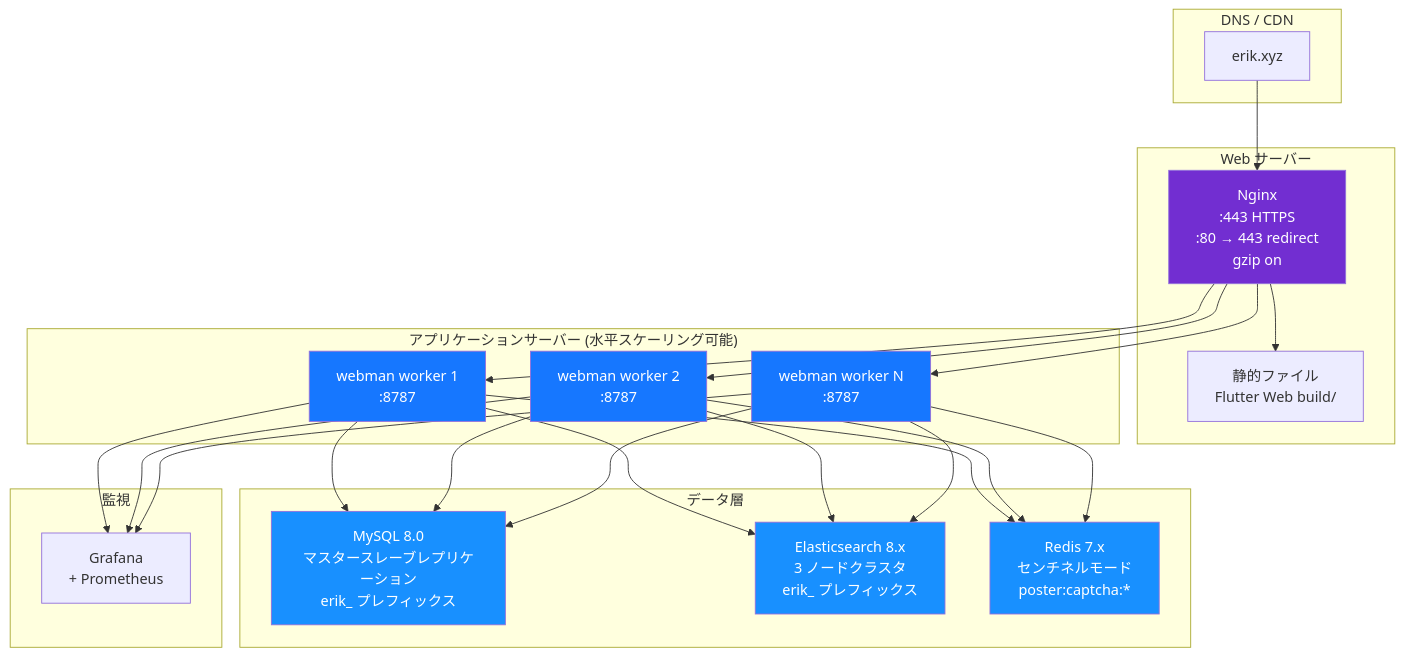
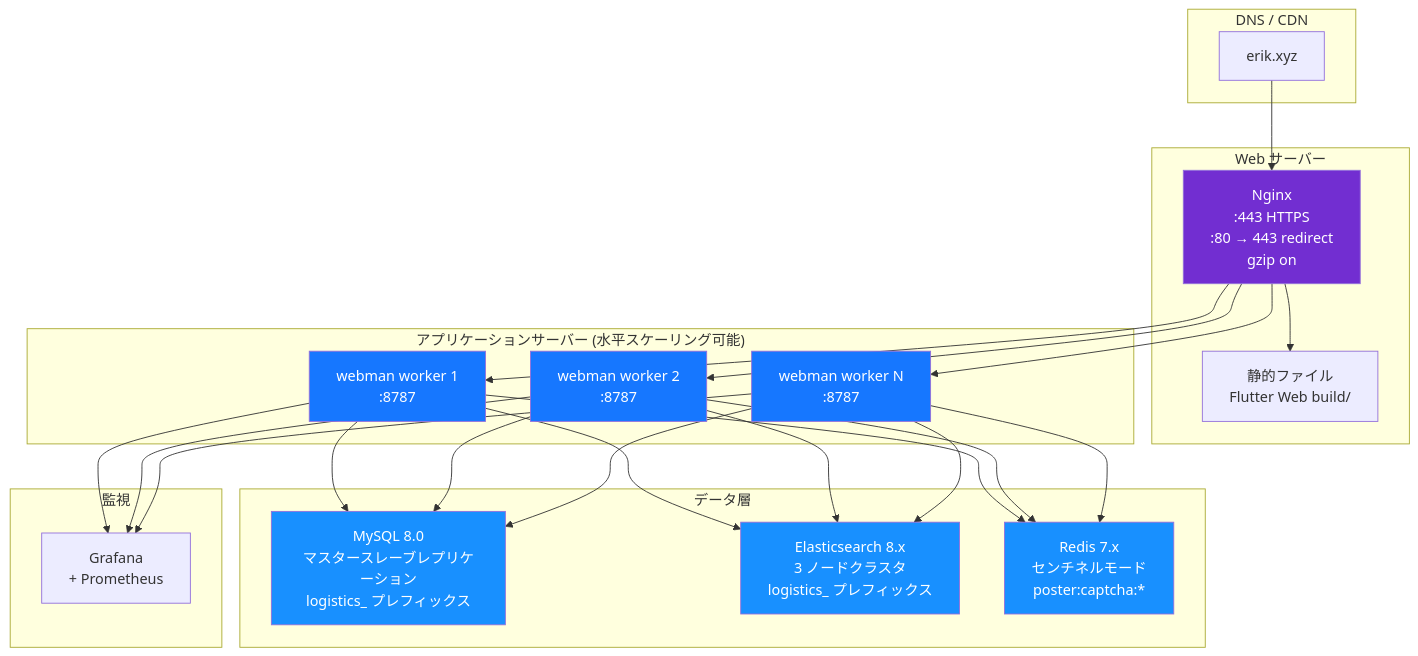
Diagram 14 of 14 in admin/docs/ARCHITECTURE.ja.md (erikwang2013/integrated-global-logistics), drawn with Mermaid before and after one commit. The commit also changed other lines of this file and 211 other files, not shown here.

````diff
--- a/admin/docs/ARCHITECTURE.ja.md
+++ b/admin/docs/ARCHITECTURE.ja.md
@@ -652,43 +652,43 @@
 ```mermaid
 flowchart TB
     subgraph "DNS / CDN"
         DNS["erik.xyz"]
     end
 
     subgraph "Web サーバー"
         NGX["Nginx<br/>:443 HTTPS<br/>:80 → 443 redirect<br/>gzip on"]
         STA["静的ファイル<br/>Flutter Web build/"]
     end
 
     subgraph "アプリケーションサーバー (水平スケーリング可能)"
         WM1["webman worker 1<br/>:8787"]
         WM2["webman worker 2<br/>:8787"]
         WM3["webman worker N<br/>:8787"]
     end
 
     subgraph "データ層"
-        MYSQL["MySQL 8.0<br/>マスタースレーブレプリケーション<br/>erik_ プレフィックス"]
-        ES["Elasticsearch 8.x<br/>3 ノードクラスタ<br/>erik_ プレフィックス"]
+        MYSQL["MySQL 8.0<br/>マスタースレーブレプリケーション<br/>logistics_ プレフィックス"]
+        ES["Elasticsearch 8.x<br/>3 ノードクラスタ<br/>logistics_ プレフィックス"]
         REDIS["Redis 7.x<br/>センチネルモード<br/>poster:captcha:*"]
     end
 
     subgraph "監視"
         MON["Grafana<br/>+ Prometheus"]
     end
 
     DNS --> NGX
     NGX --> STA
     NGX --> WM1 & WM2 & WM3
     WM1 & WM2 & WM3 --> MYSQL
     WM1 & WM2 & WM3 --> ES
     WM1 & WM2 & WM3 --> REDIS
     WM1 & WM2 & WM3 --> MON
 
     style NGX fill:#722ED1,color:#fff
     style WM1 fill:#1677FF,color:#fff
     style WM2 fill:#1677FF,color:#fff
     style WM3 fill:#1677FF,color:#fff
     style MYSQL fill:#1890FF,color:#fff
     style ES fill:#1890FF,color:#fff
     style REDIS fill:#1890FF,color:#fff
 ```
````
